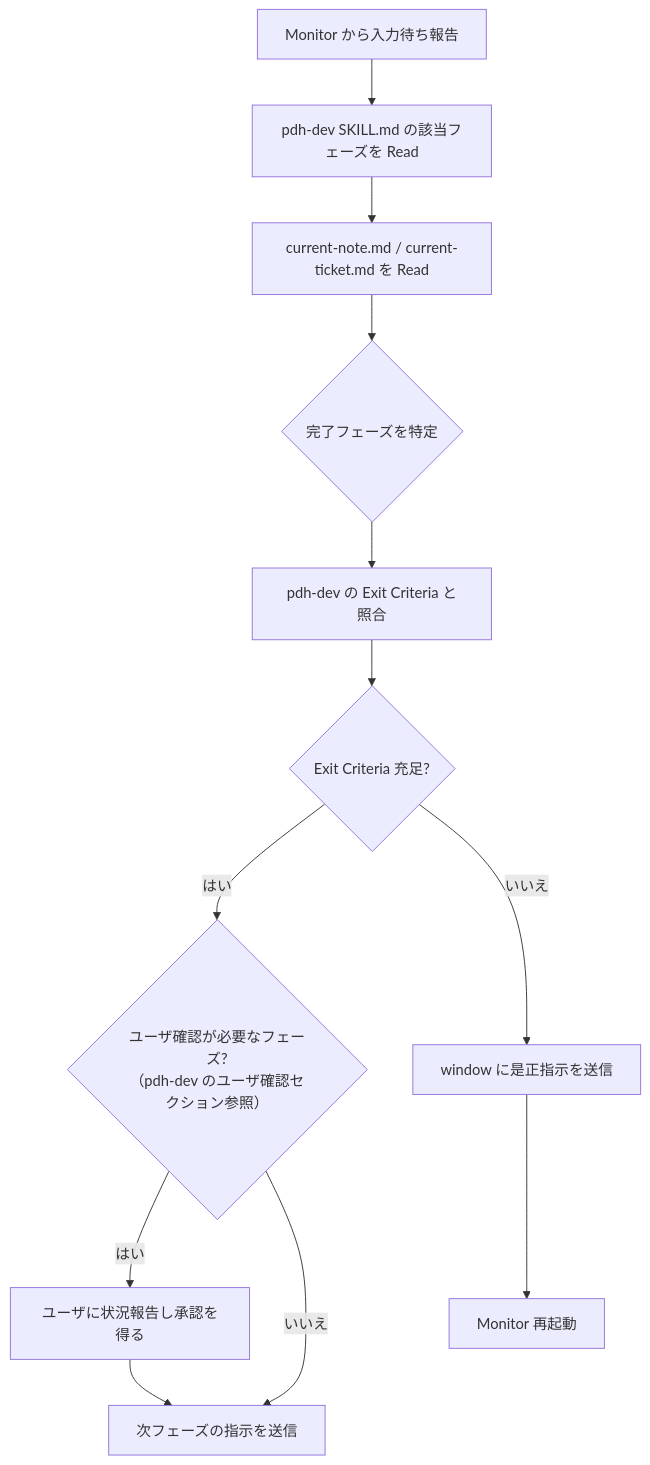
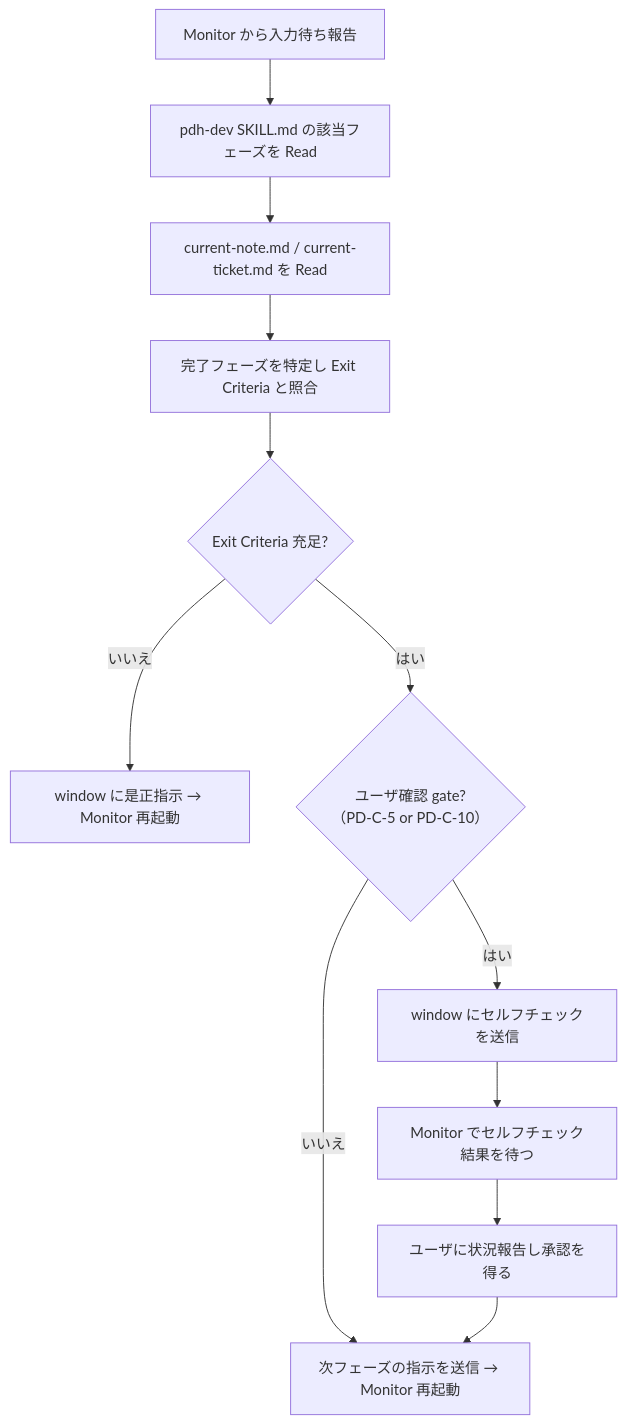
Before and after one commit to masuidrive/pdh: the third of 3 diagrams in skills/tmux-director/SKILL.md, drawn with Mermaid. The commit also changed other lines of this file, not shown here.

First line of the commit message:
refactor(tmux-director): 情報重複の集約・TD-3.5 統合・Monitor 改善

````diff
--- a/skills/tmux-director/SKILL.md
+++ b/skills/tmux-director/SKILL.md
@@ -267,14 +234,14 @@
 ```mermaid
 flowchart TD
     R1["Monitor から入力待ち報告"] --> R1a["pdh-dev SKILL.md の該当フェーズを Read"]
     R1a --> R2["current-note.md / current-ticket.md を Read"]
-    R2 --> R3{"完了フェーズを特定"}
-    R3 --> R4["pdh-dev の Exit Criteria と照合"]
-    R4 --> R5{"Exit Criteria 充足?"}
-    R5 -- "はい" --> R6{"ユーザ確認が必要なフェーズ?<br/>（pdh-dev のユーザ確認セクション参照）"}
-    R6 -- "はい" --> R7["ユーザに状況報告し承認を得る"]
-    R6 -- "いいえ" --> R8["次フェーズの指示を送信"]
-    R7 --> R8
-    R5 -- "いいえ" --> R9["window に是正指示を送信"]
-    R9 --> R10["Monitor 再起動"]
+    R2 --> R3["完了フェーズを特定し Exit Criteria と照合"]
+    R3 --> R4{"Exit Criteria 充足?"}
+    R4 -- "いいえ" --> R5["window に是正指示 → Monitor 再起動"]
+    R4 -- "はい" --> R6{"ユーザ確認 gate?<br/>（PD-C-5 or PD-C-10）"}
+    R6 -- "いいえ" --> R7["次フェーズの指示を送信 → Monitor 再起動"]
+    R6 -- "はい" --> R8["window にセルフチェックを送信"]
+    R8 --> R9["Monitor でセルフチェック結果を待つ"]
+    R9 --> R10["ユーザに状況報告し承認を得る"]
+    R10 --> R7
 ```
````
